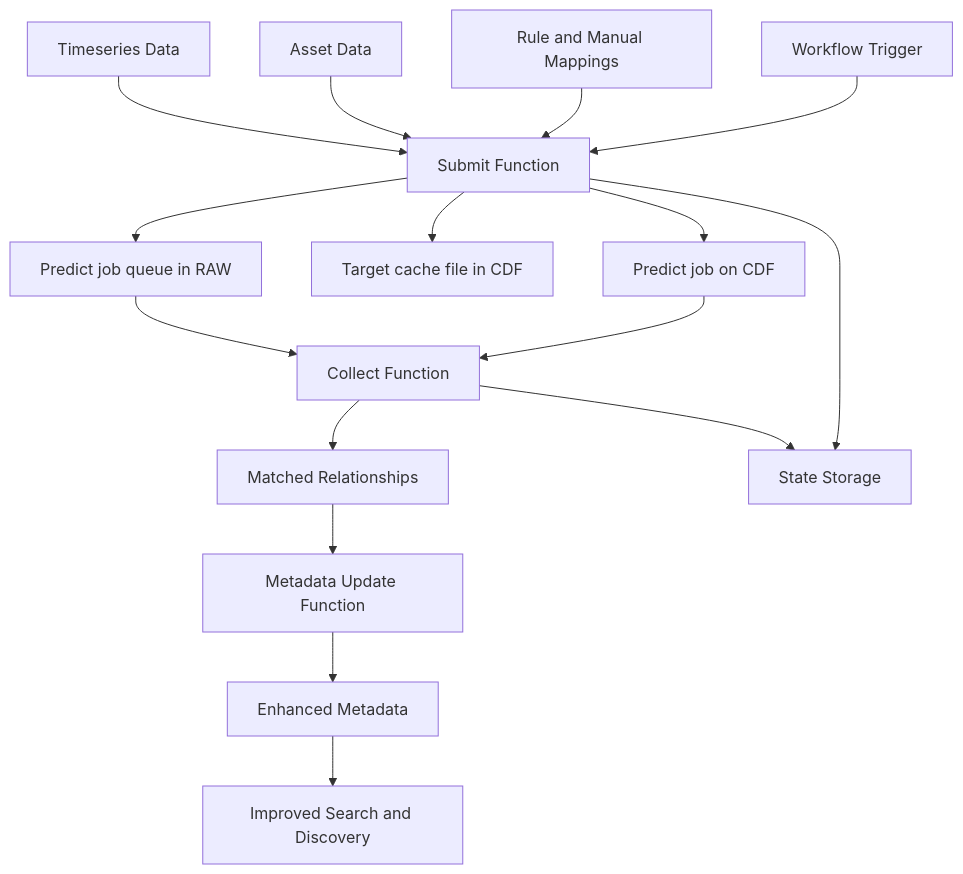
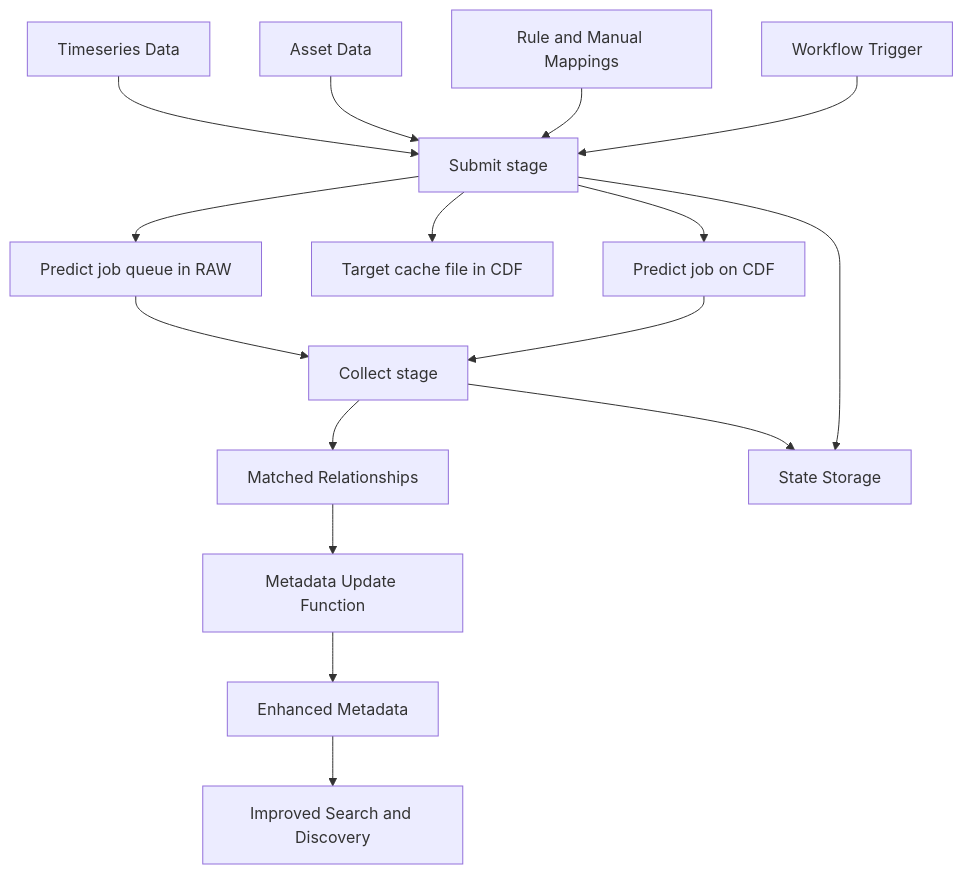
The diagram in modules/contextualization/cdf_entity_matching/README.md (cognitedata/library), drawn with Mermaid before and after one commit. The commit also changed other lines of this file and 75 other files, not shown here.

````diff
--- a/modules/contextualization/cdf_entity_matching/README.md
+++ b/modules/contextualization/cdf_entity_matching/README.md
@@ -457,19 +452,19 @@
 ```mermaid
 graph TD
-    A[Timeseries Data] --> S[Submit Function]
+    A[Timeseries Data] --> S[Submit stage]
     C[Asset Data] --> S
     D[Rule and Manual Mappings] --> S
     S --> Q[Predict job queue in RAW]
     S --> F[Target cache file in CDF]
     S --> P[Predict job on CDF]
-    P --> L[Collect Function]
+    P --> L[Collect stage]
     Q --> L
     L --> E[Matched Relationships]
     E --> M[Metadata Update Function]
     M --> G[Enhanced Metadata]
     G --> H[Improved Search and Discovery]
 
     I[Workflow Trigger] --> S
     S --> J[State Storage]
     L --> J
 ```
````
